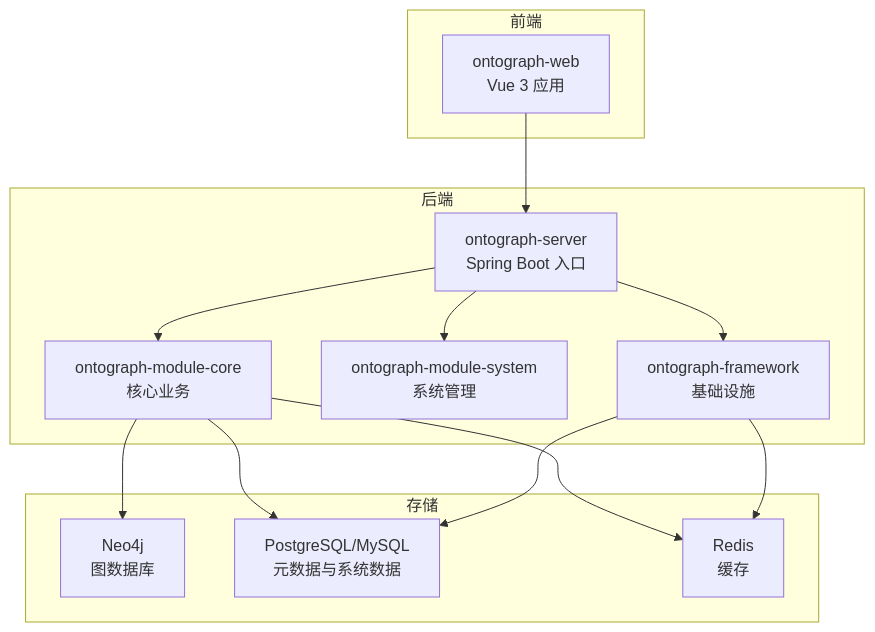
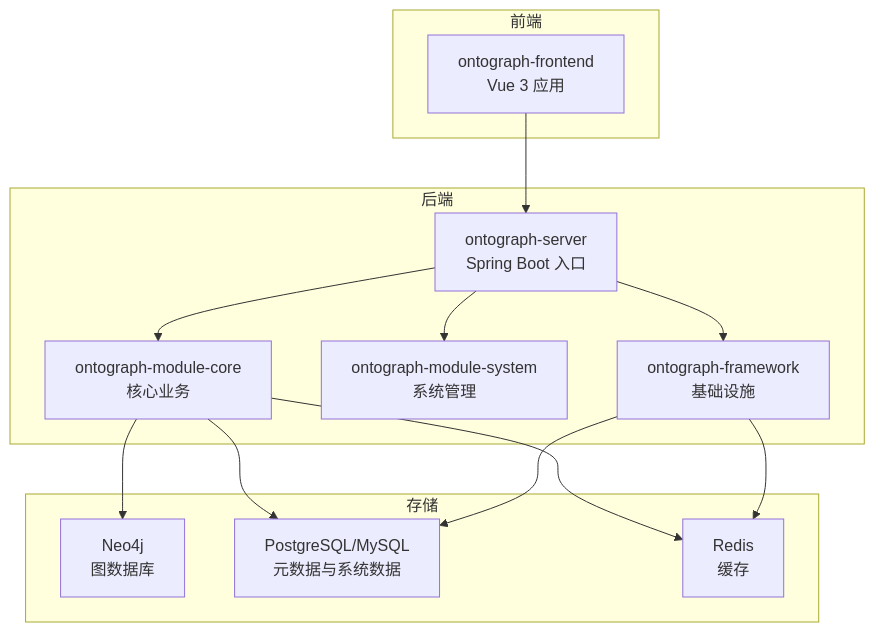
One commit to joezxh/graphiti-java changed the first of 9 diagrams in docs/manual/项目概述/项目介绍.md. Above: the diagram before and after it, drawn with Mermaid. The commit also changed other lines of this file and 27389 other files, not shown here.

Commit message:
refactor: 将 ontograph-web 重命名为 ontograph-frontend

````diff
--- a/docs/manual/项目概述/项目介绍.md
+++ b/docs/manual/项目概述/项目介绍.md
@@ -83,26 +83,26 @@
 ```mermaid
 graph TB
 subgraph "后端"
 S["ontograph-server<br/>Spring Boot 入口"]
 C["ontograph-module-core<br/>核心业务"]
 SYS["ontograph-module-system<br/>系统管理"]
 F["ontograph-framework<br/>基础设施"]
 end
 subgraph "存储"
 N["Neo4j<br/>图数据库"]
 P["PostgreSQL/MySQL<br/>元数据与系统数据"]
 R["Redis<br/>缓存"]
 end
 subgraph "前端"
-W["ontograph-web<br/>Vue 3 应用"]
+W["ontograph-frontend<br/>Vue 3 应用"]
 end
 W --> S
 S --> C
 S --> SYS
 S --> F
 C --> N
 C --> P
 C --> R
 F --> P
 F --> R
 ```
````
